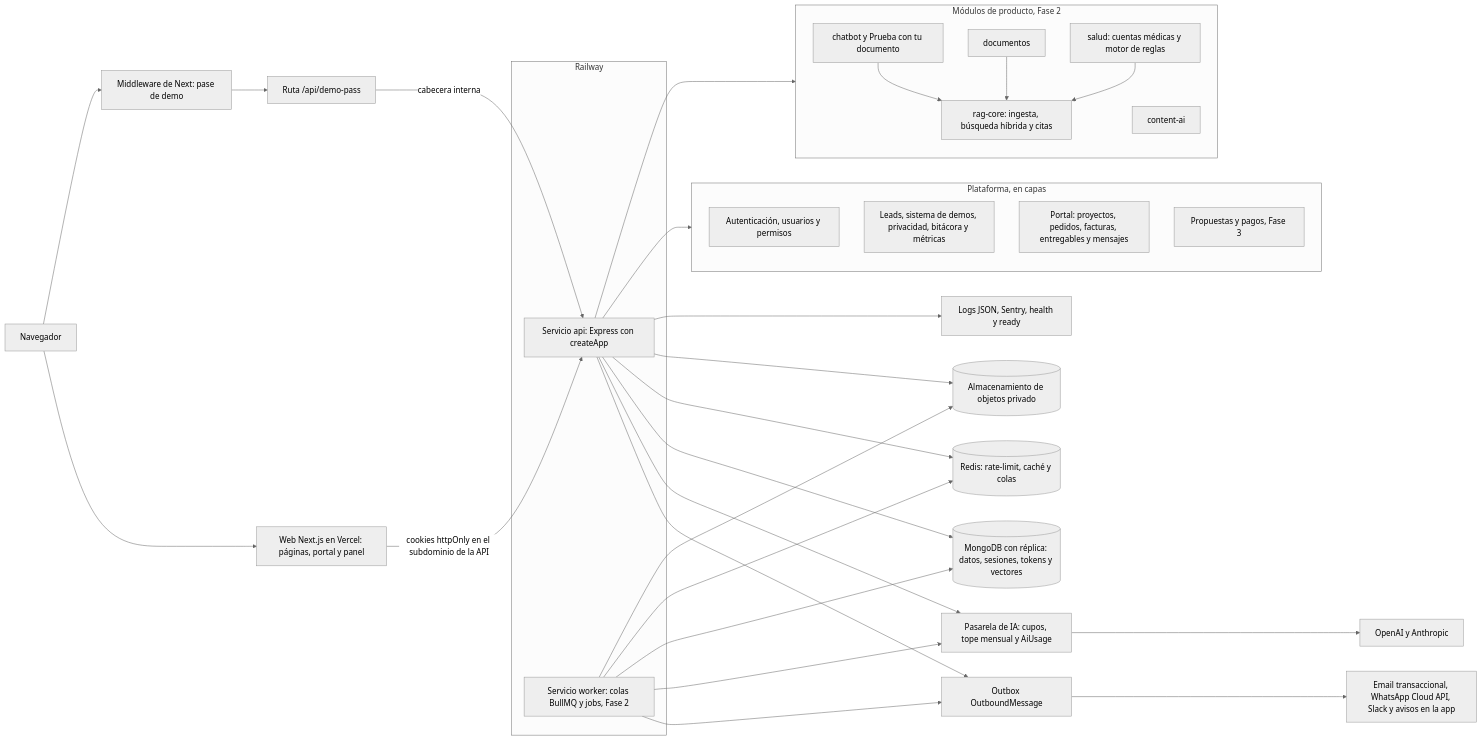
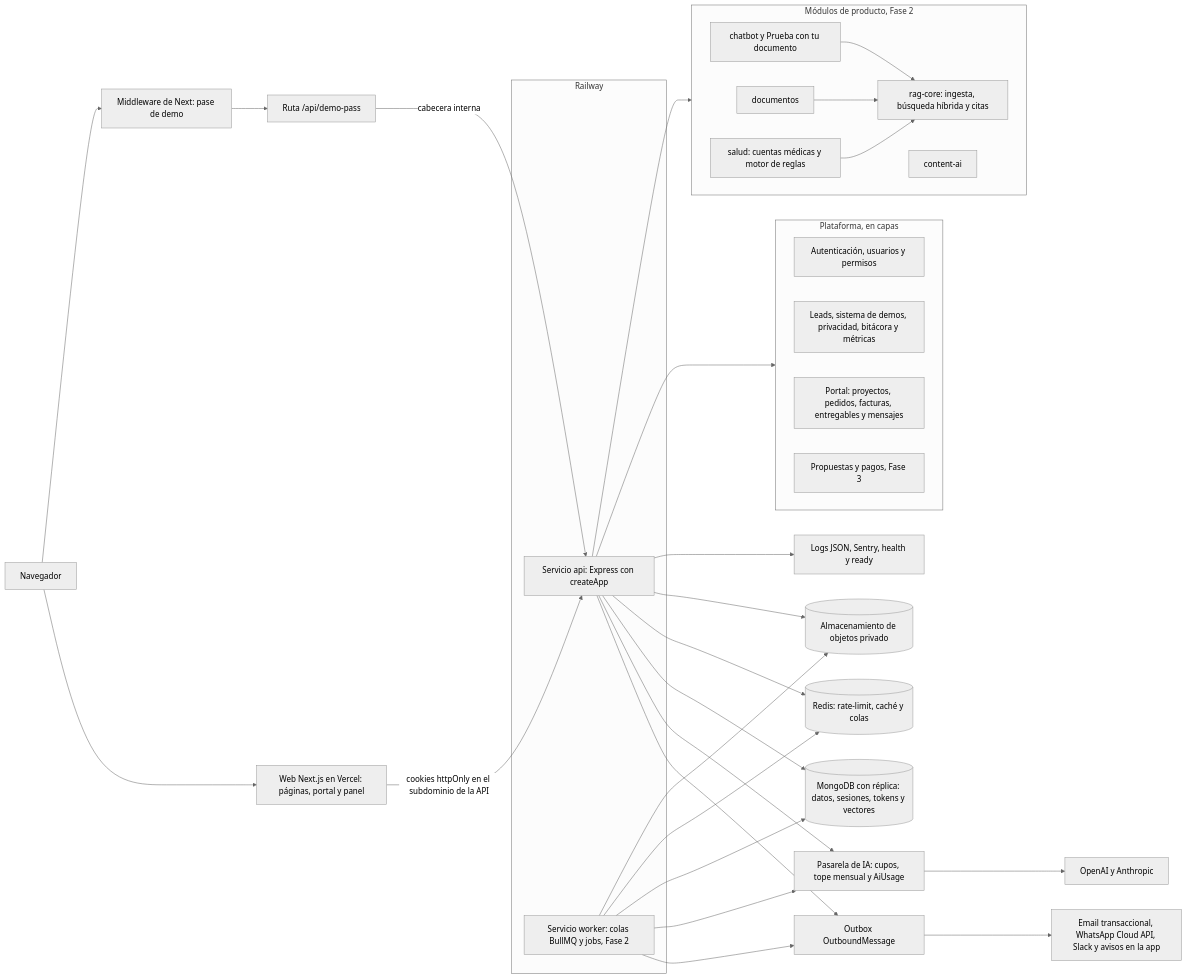
The second of 7 diagrams in docs/wiki/09-Backend-y-API.md (ronalc90/koptup), drawn with Mermaid (neutral theme) before and after one commit. The commit also changed other lines of this file and 161 other files, not shown here.

First line of the commit message:
docs(wiki): portada, vision, diagnostico, catalogo, roadmap y reposicionamiento RAG

````diff
--- a/docs/wiki/09-Backend-y-API.md
+++ b/docs/wiki/09-Backend-y-API.md
@@ -255,43 +256,45 @@
 ```mermaid
 flowchart LR
   U["Navegador"] --> PG["Web Next.js en Vercel: páginas, portal y panel"]
   U --> MW["Middleware de Next: pase de demo"]
   MW --> DP["Ruta /api/demo-pass"]
   DP -->|"cabecera interna"| API
   PG -->|"cookies httpOnly en el subdominio de la API"| API
   subgraph RW["Railway"]
     API["Servicio api: Express con createApp"]
     WK["Servicio worker: colas BullMQ y jobs, Fase 2"]
   end
   subgraph PL["Plataforma, en capas"]
+    direction LR
     P1["Autenticación, usuarios y permisos"]
     P2["Leads, sistema de demos, privacidad, bitácora y métricas"]
     P3["Portal: proyectos, pedidos, facturas, entregables y mensajes"]
     P4["Propuestas y pagos, Fase 3"]
   end
   subgraph MD["Módulos de producto, Fase 2"]
+    direction LR
     M1["rag-core: ingesta, búsqueda híbrida y citas"]
     M2["chatbot y Prueba con tu documento"]
     M3["documentos"]
     M4["content-ai"]
     M5["salud: cuentas médicas y motor de reglas"]
   end
   API --> PL
   API --> MD
   M2 --> M1
   M3 --> M1
   M5 --> M1
   API --> OB["Outbox OutboundMessage"]
   WK --> OB
   OB --> CH["Email transaccional, WhatsApp Cloud API, Slack y avisos en la app"]
   API --> GW["Pasarela de IA: cupos, tope mensual y AiUsage"]
   WK --> GW
   GW --> AI["OpenAI y Anthropic"]
   API --> DB[("MongoDB con réplica: datos, sesiones, tokens y vectores")]
   WK --> DB
   API --> RD[("Redis: rate-limit, caché y colas")]
   WK --> RD
   API --> S3[("Almacenamiento de objetos privado")]
   WK --> S3
   API --> OBS["Logs JSON, Sentry, health y ready"]
 ```
````
